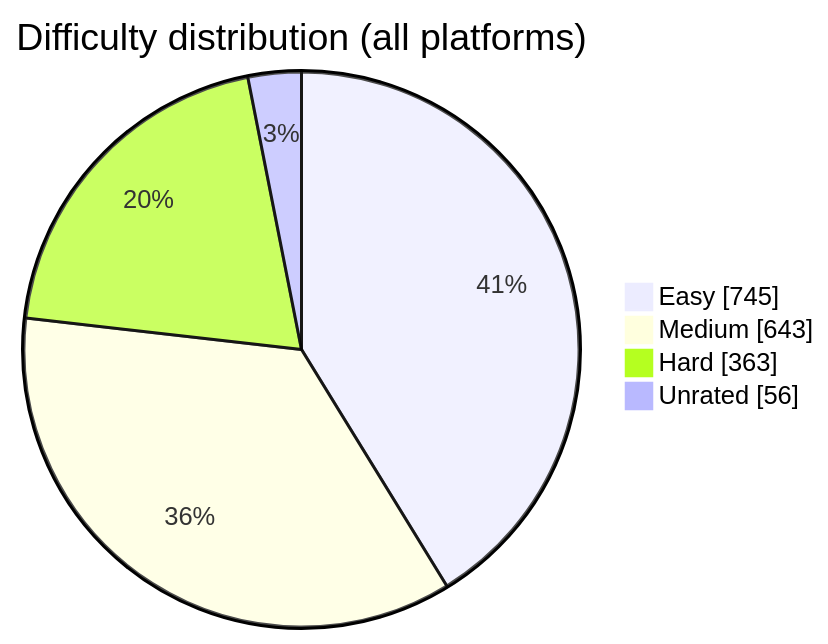
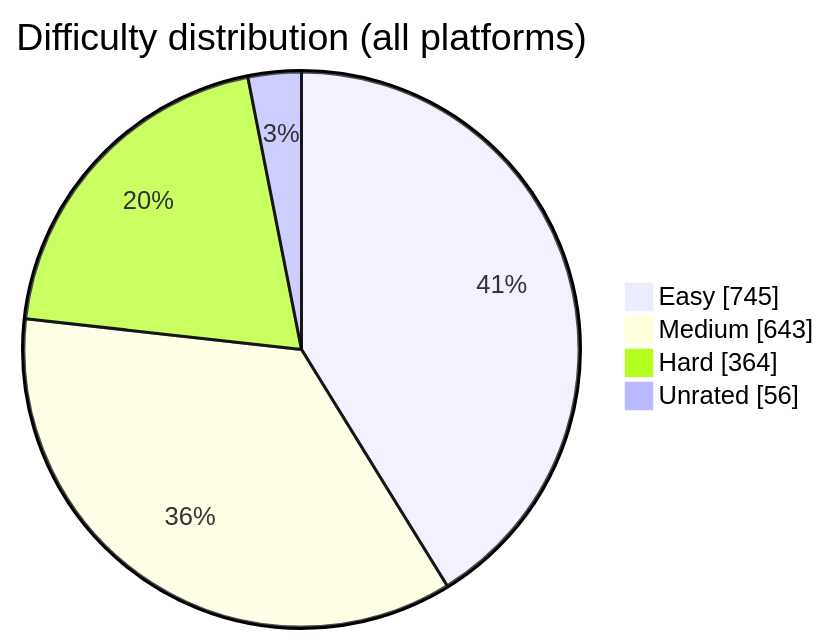
One commit to BuildbyArindam/Daily-Coding-Log changed the diagram in README.md. Above: the diagram before and after it, drawn with Mermaid. The commit also changed other lines of this file, not shown here.

````diff
--- a/README.md
+++ b/README.md
@@ -108,7 +108,7 @@
 ```mermaid
 pie showData title Difficulty distribution (all platforms)
     "Easy" : 745
     "Medium" : 643
-    "Hard" : 363
+    "Hard" : 364
     "Unrated" : 56
 ```
````
